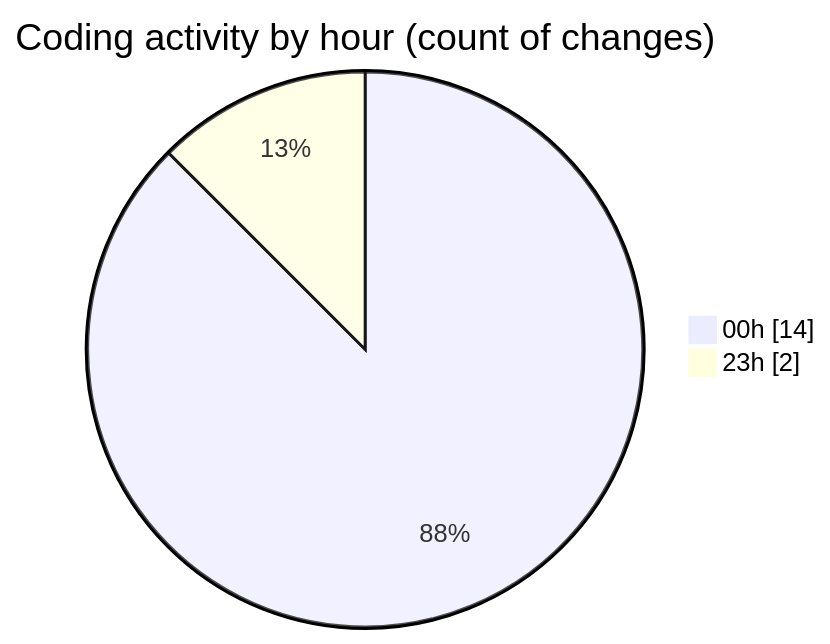
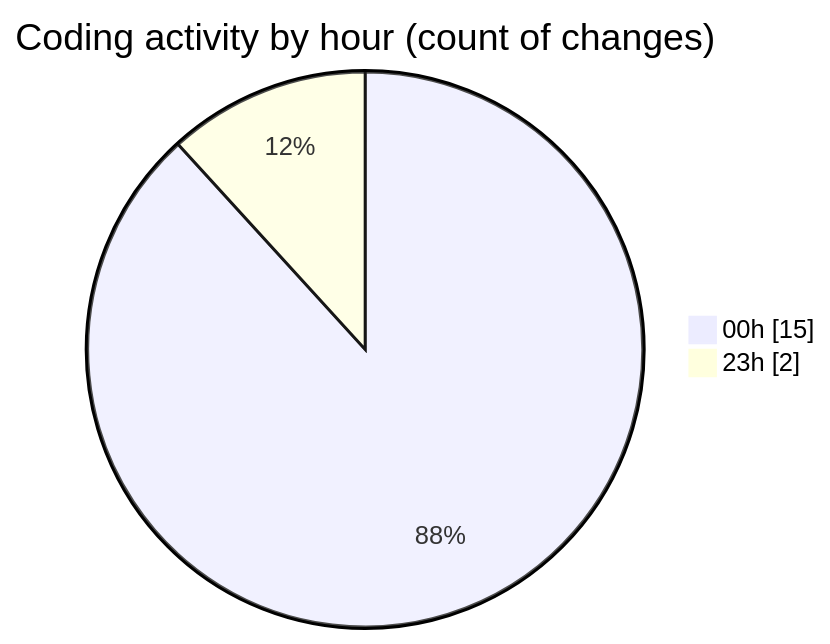
One commit to lephambinh05/code-tracking changed the second of 2 diagrams in 2025-08-13/rentotp/README.md. Above: the diagram before and after it, drawn with Mermaid. The commit also changed other lines of this file and 1 other file, not shown here.

````diff
--- a/2025-08-13/rentotp/README.md
+++ b/2025-08-13/rentotp/README.md
@@ -37,6 +37,6 @@
 ```mermaid
 pie showData
 title Coding activity by hour (count of changes)
-"00h" : 14
+"00h" : 15
 "23h" : 2
 ```
````
